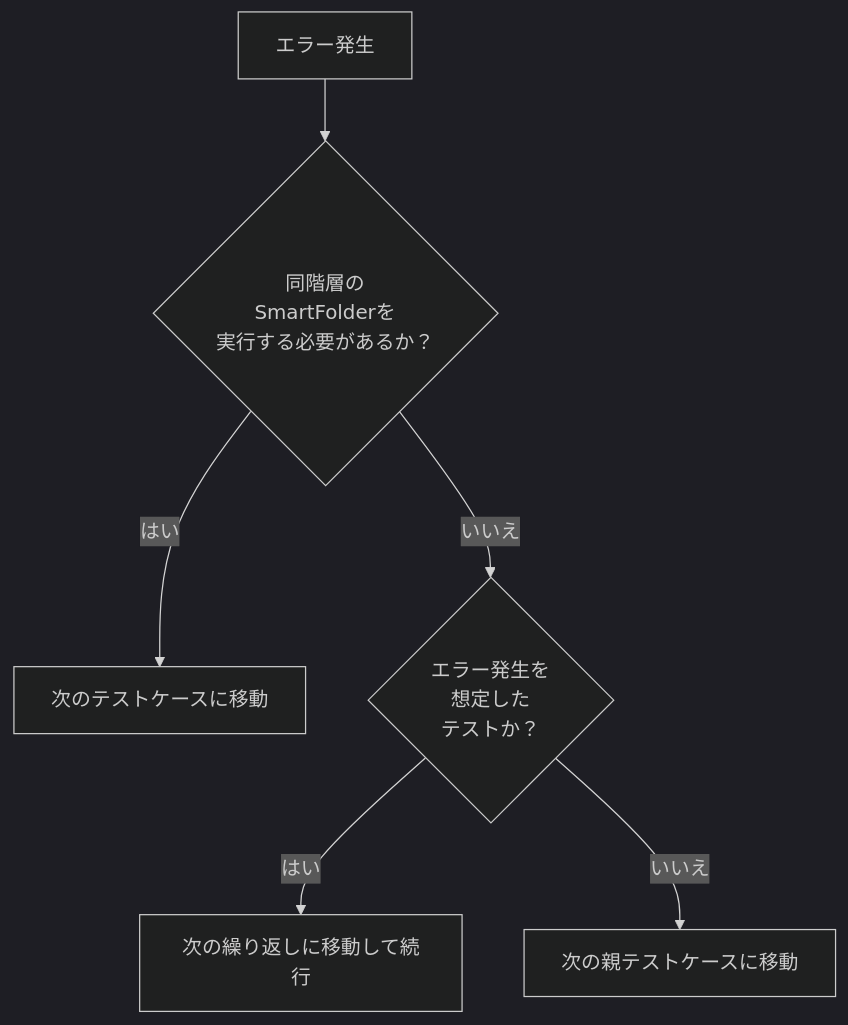
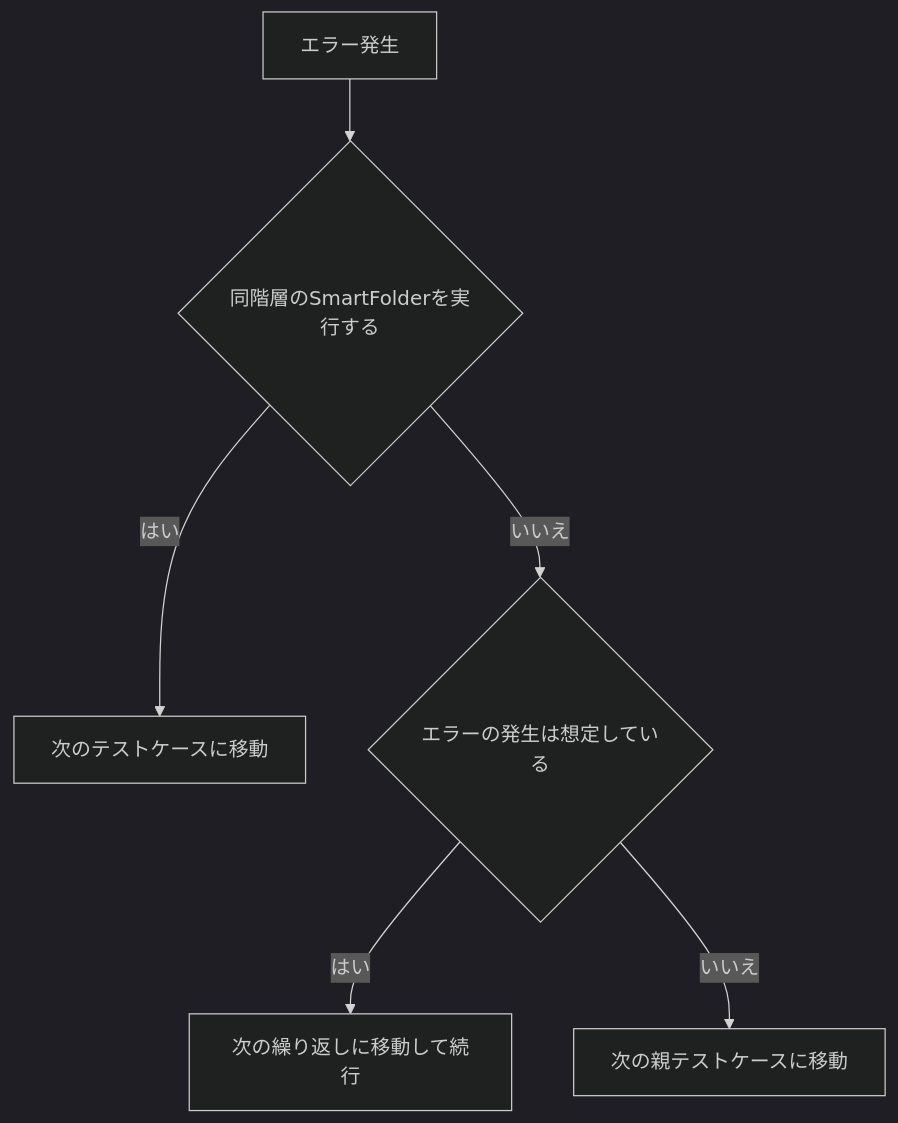
The diagram in README.md (j-sasaki-nkc/Flowchart), drawn with Mermaid (dark theme) before and after one commit.

````diff
--- a/README.md
+++ b/README.md
@@ -6,12 +6,12 @@
 ```mermaid
 flowchart TD
-    A[エラー発生] --> B{同階層の<br>SmartFolderを<br>実行する必要があるか？}
+    A[エラー発生] --> B{同階層のSmartFolderを実行する}
 
     B -- はい --> C["次のテストケースに移動"]
 
-    B -- いいえ --> D{エラー発生を<br>想定した<br>テストか？}
+    B -- いいえ --> D{エラーの発生は想定している}
 
     D -- はい --> E["次の繰り返しに移動して続行"]
 
     D -- いいえ --> F["次の親テストケースに移動"]
 ```
````
